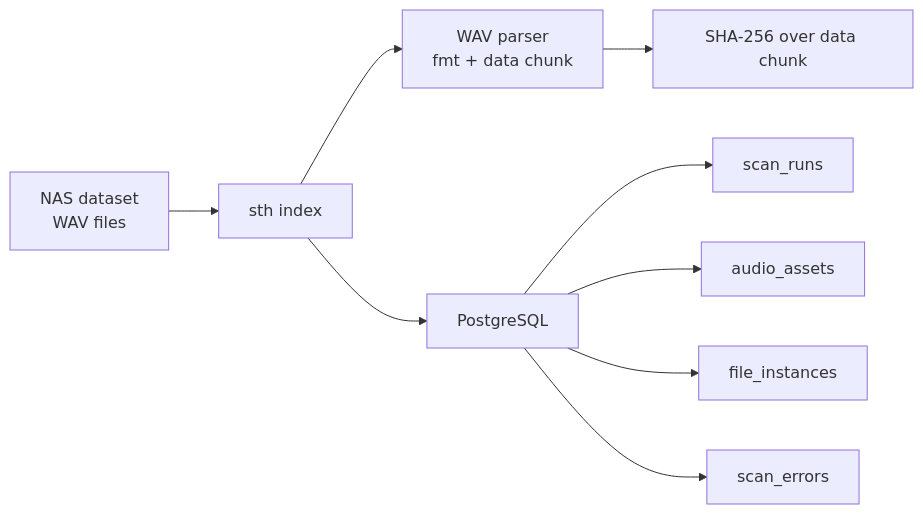
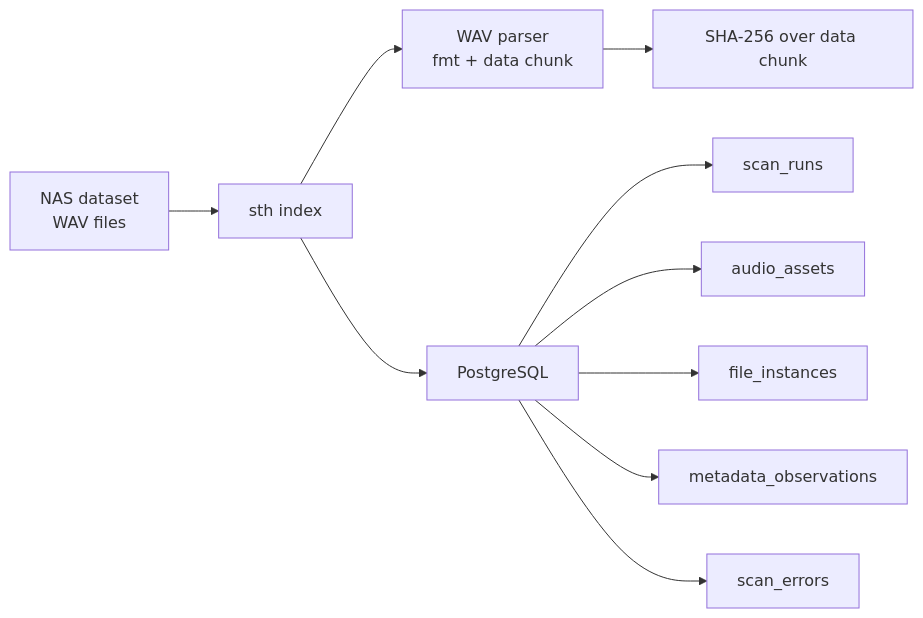
Before and after one commit to stefanklocke/sampletagharmonizer: the diagram in docs/DATABASE_INDEXING.md, drawn with Mermaid. The commit also changed other lines of this file and 5 other files, not shown here.

Commit message:
init metadata_observations

````diff
--- a/docs/DATABASE_INDEXING.md
+++ b/docs/DATABASE_INDEXING.md
@@ -9,18 +9,19 @@
 ```mermaid
 flowchart LR
     nas["NAS dataset<br/>WAV files"]
     cli["sth index"]
     wav["WAV parser<br/>fmt + data chunk"]
     hash["SHA-256 over data chunk"]
     db["PostgreSQL"]
 
     nas --> cli
     cli --> wav
     wav --> hash
     cli --> db
 
     db --> scan_runs
     db --> audio_assets
     db --> file_instances
+    db --> metadata_observations
     db --> scan_errors
 ```
````
